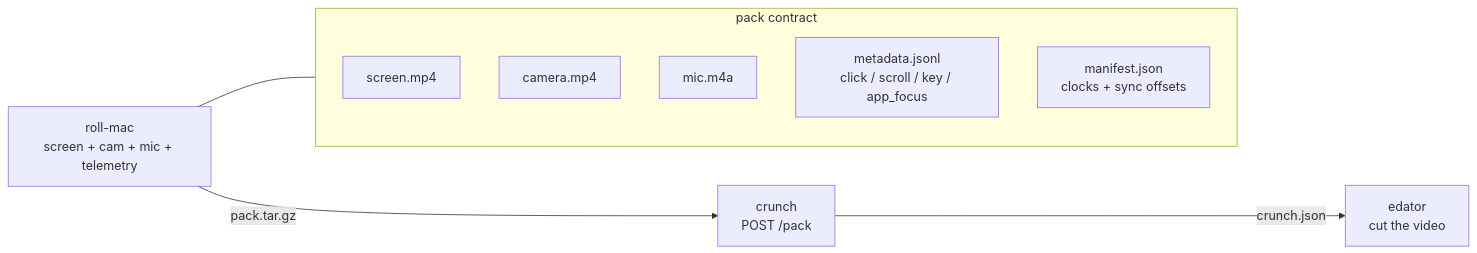
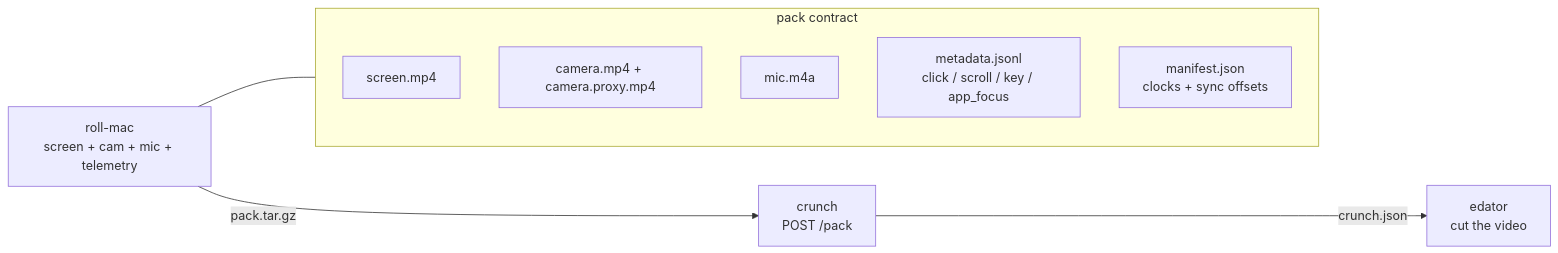
Before and after one commit to StuMason/roll: the first of 2 diagrams in docs/FEEDING-CRUNCH.md, drawn with Mermaid. The commit also changed other lines of this file and 2 other files, not shown here.

Commit message:
feat(capture): write camera.proxy.mp4 live alongside the master (pack analysis copy) (#16)
A 1080p camera.mp4 (340MB / 7.5 min) single-handedly blows crunch's 100MB
Cloudflare /pack cap. Each camera now runs two writers fed the same sample
buffers: the full-res master and an 854x480 @ 600kbps proxy (~34MB / 7.5 min)
— identical PTS, so cameraSyncOffsetMs applies to both and no re-timing is
needed. The /pack upload ships the proxy; edator keeps the master. Proxy
failure is non-fatal (logged, omitted from manifest.camera.proxy).

Closes #13

🤖 Generated with [Claude Code](https://claude.com/claude-code)

````diff
--- a/docs/FEEDING-CRUNCH.md
+++ b/docs/FEEDING-CRUNCH.md
@@ -24,13 +25,13 @@
 ```mermaid
 flowchart LR
     roll[roll-mac<br/>screen + cam + mic + telemetry] -->|pack.tar.gz| crunch[crunch<br/>POST /pack]
     crunch -->|crunch.json| edator[edator<br/>cut the video]
     subgraph pack[pack contract]
       s[screen.mp4]
-      c[camera.mp4]
+      c[camera.mp4 + camera.proxy.mp4]
       m[mic.m4a]
       meta[metadata.jsonl<br/>click / scroll / key / app_focus]
       man[manifest.json<br/>clocks + sync offsets]
     end
     roll --- pack
 ```
````
